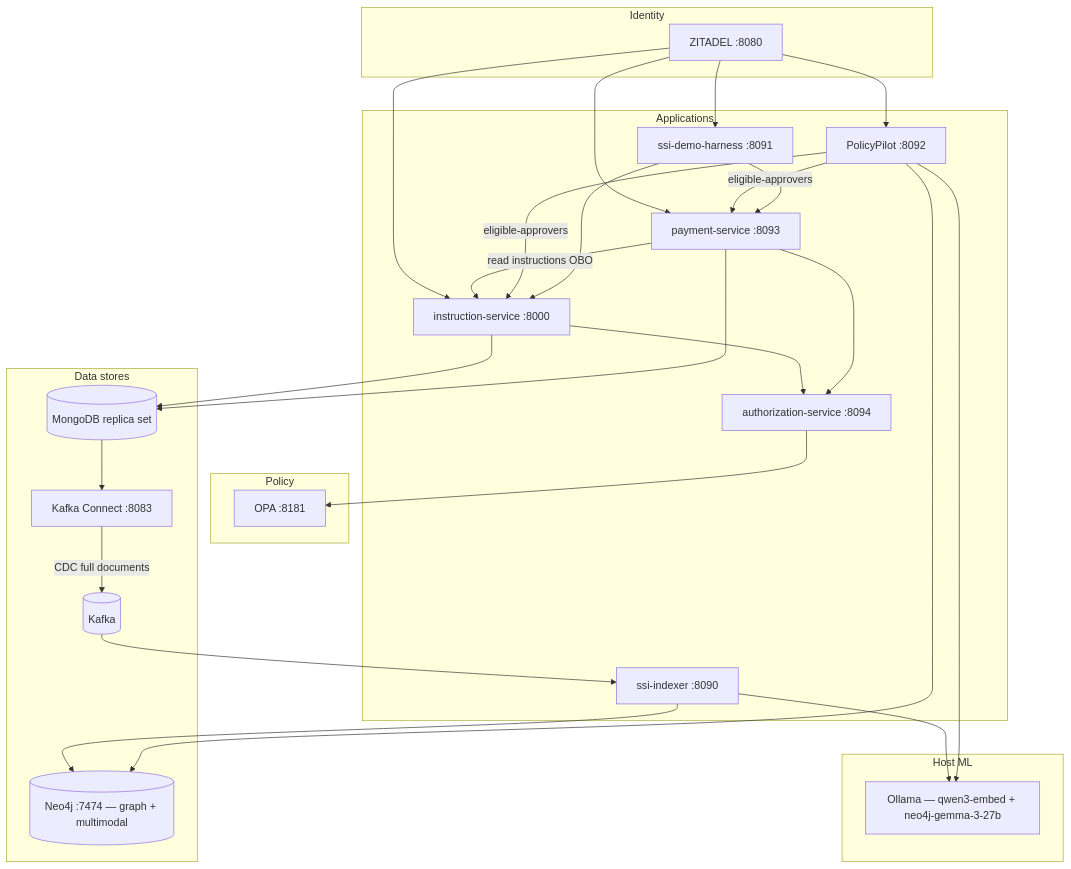
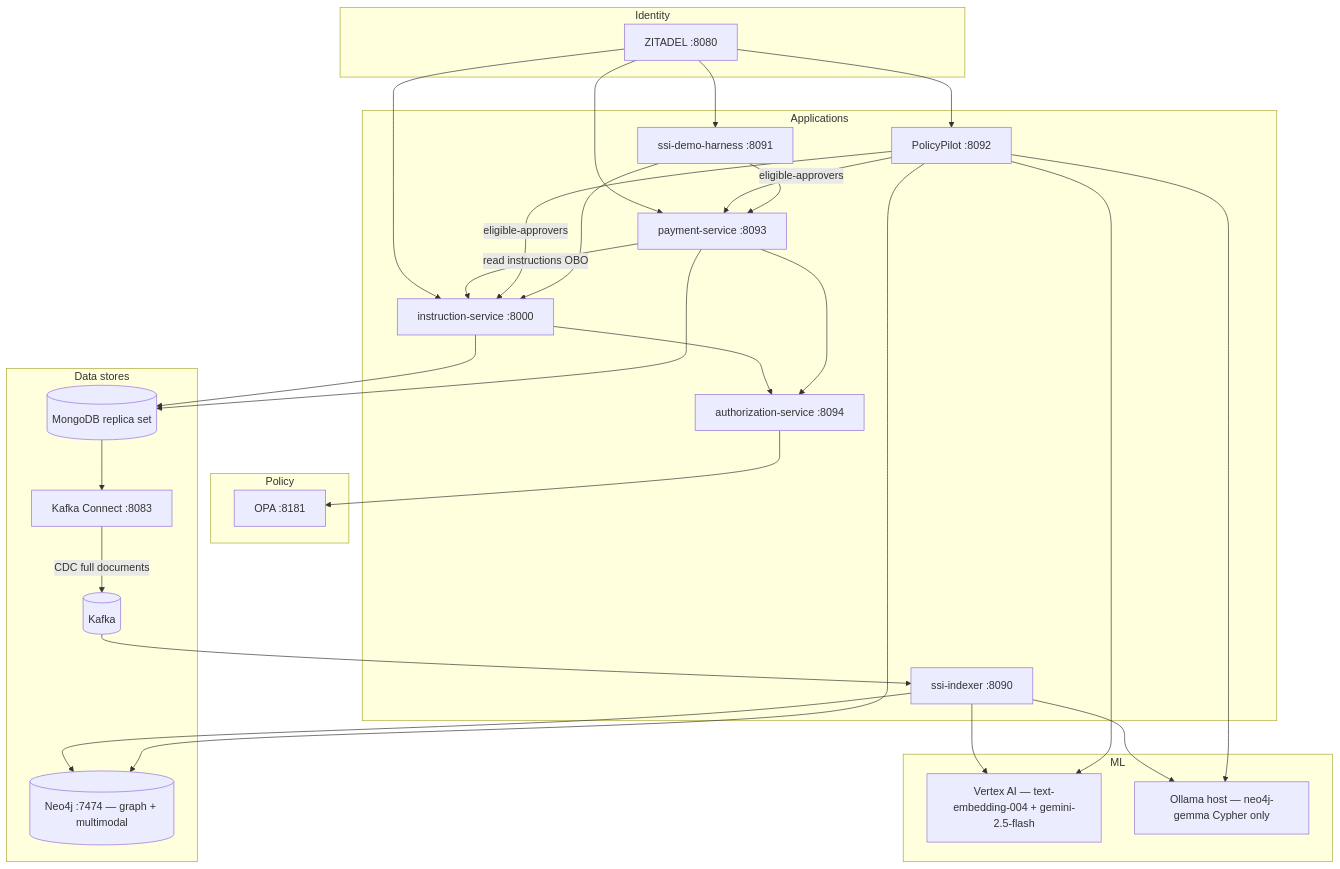
Before and after one commit to sanjuthomas/policy-pilot: the first of 4 diagrams in README.md, drawn with Mermaid. The commit also changed other lines of this file and 84 other files, not shown here.

````diff
--- a/README.md
+++ b/README.md
@@ -61,52 +61,55 @@
 ```mermaid
 flowchart TB
     subgraph auth [Identity]
         ZITADEL[ZITADEL :8080]
     end
 
     subgraph apps [Applications]
         INST[instruction-service :8000]
         PAY[payment-service :8093]
         AUTHZ[authorization-service :8094]
         HARNESS[ssi-demo-harness :8091]
         ETL[ssi-indexer :8090]
         CHAT[PolicyPilot :8092]
     end
 
     subgraph policy [Policy]
         OPA[OPA :8181]
     end
 
     subgraph stores [Data stores]
         MONGO[(MongoDB replica set)]
         CONNECT[Kafka Connect :8083]
         KAFKA[(Kafka)]
         NEO[(Neo4j :7474 — graph + multimodal)]
     end
 
-    subgraph ml [Host ML]
-        OLLAMA[Ollama — qwen3-embed + neo4j-gemma-3-27b]
+    subgraph ml [ML]
+        VERTEX[Vertex AI — text-embedding-004 + gemini-2.5-flash]
+        OLLAMA[Ollama host — neo4j-gemma Cypher only]
     end
 
     ZITADEL --> INST
     ZITADEL --> PAY
     ZITADEL --> HARNESS
     ZITADEL --> CHAT
     INST --> AUTHZ
     PAY --> AUTHZ
     AUTHZ --> OPA
     INST --> MONGO
     PAY --> MONGO
     PAY -->|read instructions OBO| INST
     MONGO --> CONNECT
     CONNECT -->|CDC full documents| KAFKA
     KAFKA --> ETL
     ETL --> NEO
+    ETL --> VERTEX
     ETL --> OLLAMA
     CHAT --> NEO
+    CHAT --> VERTEX
     CHAT --> OLLAMA
     CHAT -->|eligible-approvers| INST
     CHAT -->|eligible-approvers| PAY
     HARNESS --> INST
     HARNESS --> PAY
 ```
````
